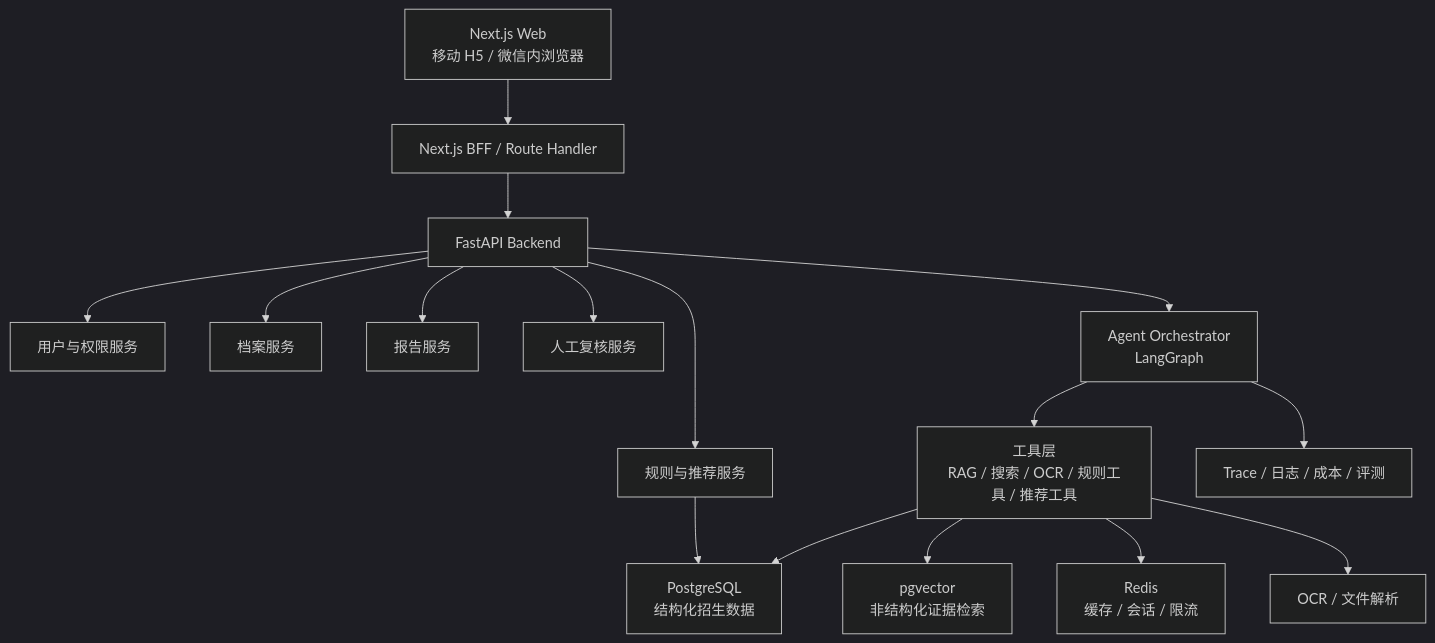
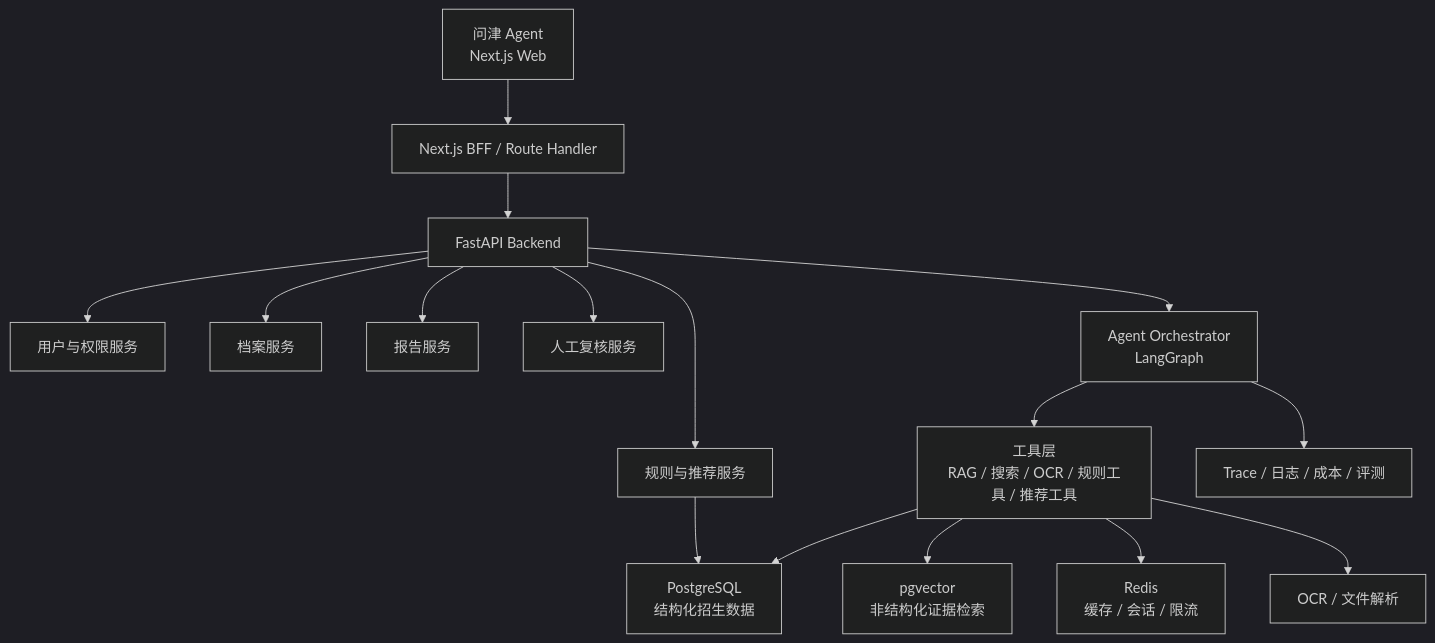
One commit to debugzhao/jin-guide changed the fourth of 4 diagrams in README.md. Above: the diagram before and after it, drawn with Mermaid (dark theme). The commit also changed other lines of this file and 2 other files, not shown here.

````diff
--- a/README.md
+++ b/README.md
@@ -238,18 +254,18 @@
 ```mermaid
 flowchart TD
-  FE["Next.js Web<br/>移动 H5 / 微信内浏览器"] --> BFF["Next.js BFF / Route Handler"]
+  FE["问津 Agent<br/>Next.js Web"] --> BFF["Next.js BFF / Route Handler"]
   BFF --> API["FastAPI Backend"]
   API --> AUTH["用户与权限服务"]
   API --> PROFILE["档案服务"]
   API --> REPORT["报告服务"]
   API --> REVIEW["人工复核服务"]
   API --> RULE["规则与推荐服务"]
   API --> AGENT["Agent Orchestrator<br/>LangGraph"]
   RULE --> SQL["PostgreSQL<br/>结构化招生数据"]
   AGENT --> TOOLS["工具层<br/>RAG / 搜索 / OCR / 规则工具 / 推荐工具"]
   TOOLS --> SQL
   TOOLS --> VDB["pgvector<br/>非结构化证据检索"]
   TOOLS --> CACHE["Redis<br/>缓存 / 会话 / 限流"]
   TOOLS --> OCR["OCR / 文件解析"]
   AGENT --> OBS["Trace / 日志 / 成本 / 评测"]
 ```
````
